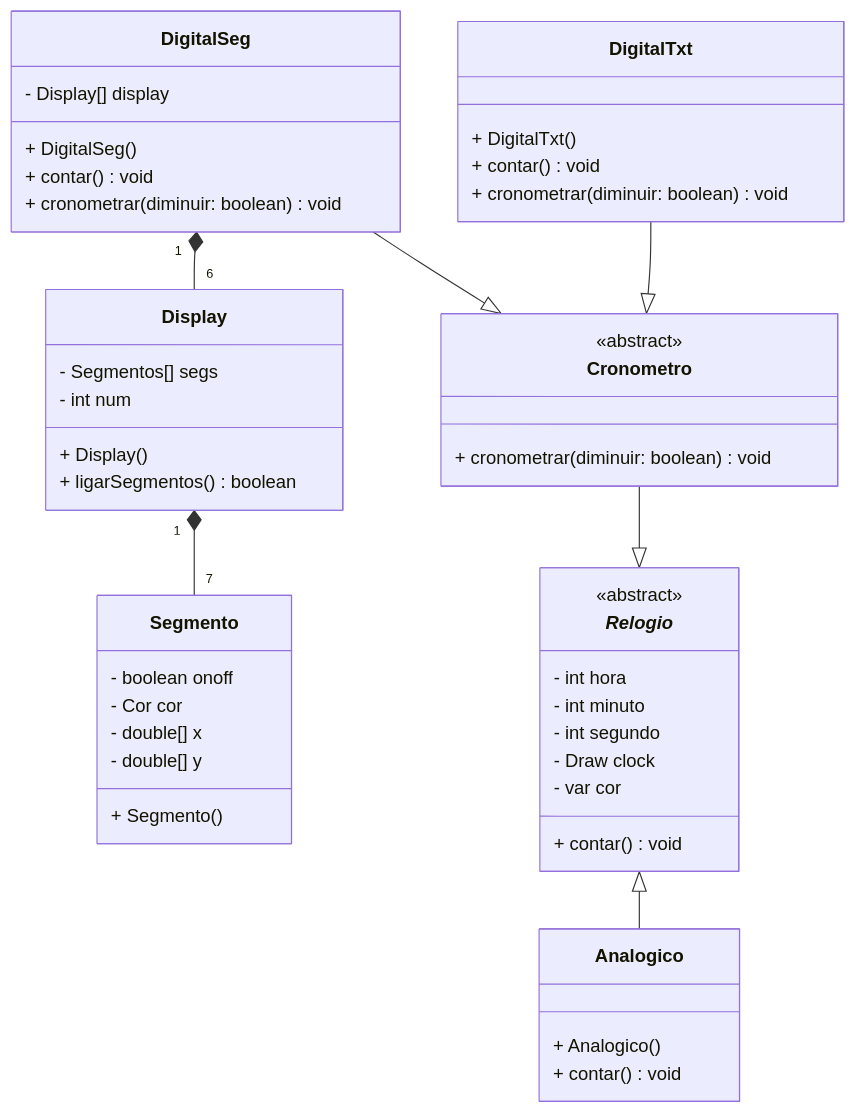
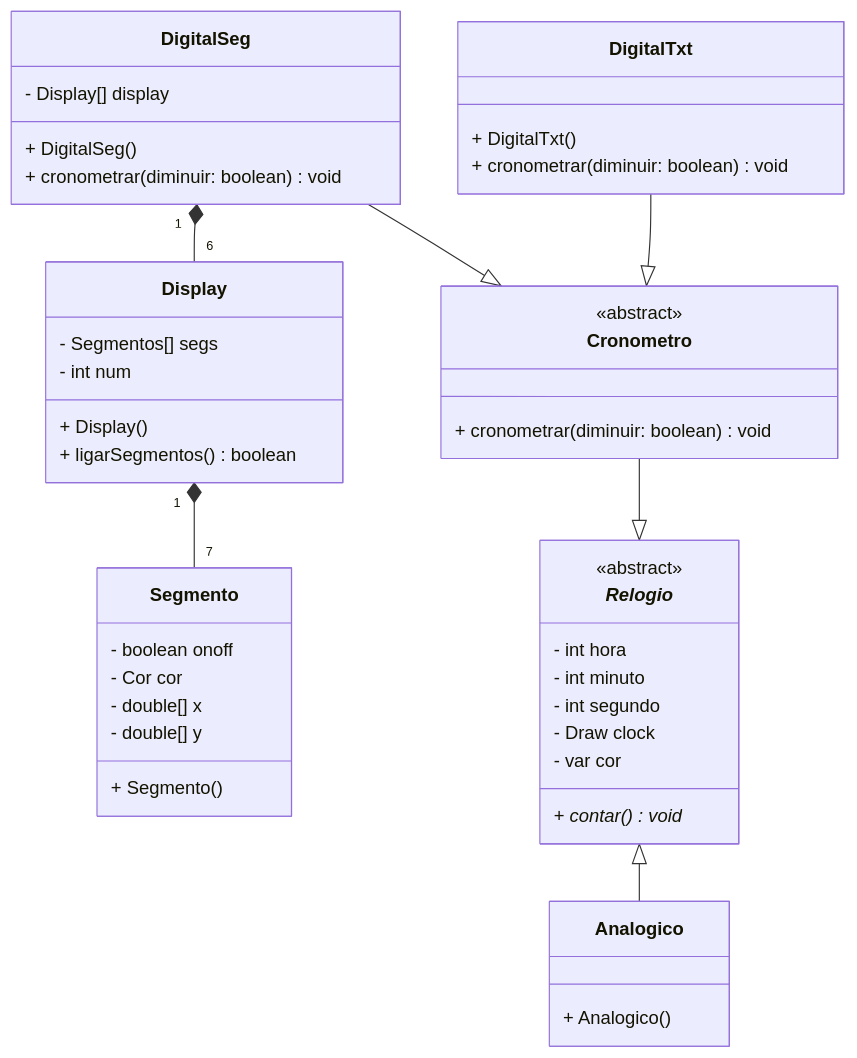
Before and after one commit to Aluno55/POO: the diagram in lab-06/README.md, drawn with Mermaid. The commit also changed 18 other files, not shown here.

````diff
--- a/lab-06/README.md
+++ b/lab-06/README.md
@@ -1,51 +1,48 @@
 ```mermaid
 classDiagram
     class _Relogio_{
         <<abstract>>
         - int hora
         - int minuto
         - int segundo
         - Draw clock
         - var cor
-        + contar () void
+        + _contar () void_
     }
     class DigitalSeg{
         - Display[] display
         + DigitalSeg ()
-        + contar () void
         + cronometrar (diminuir: boolean) void
     }
     class Display{
         - Segmentos[] segs
         - int num
         + Display ()
         + ligarSegmentos () boolean
     }
     class Segmento{
         - boolean onoff
         - Cor cor
         - double[] x
         - double[] y
         + Segmento ()
     }
     class Analogico{
         + Analogico ()
-        + contar () void
     }
     class DigitalTxt{
         + DigitalTxt ()
-        + contar () void
         + cronometrar (diminuir: boolean) void
     }
 
     Display "1"*--"7"Segmento
     DigitalSeg "1"*--"6" Display
     Cronometro --|> _Relogio_
     DigitalSeg--|>Cronometro
     DigitalTxt--|>Cronometro
     _Relogio_ <|-- Analogico
     class Cronometro{
         <<abstract>>
         + cronometrar (diminuir: boolean) void
         }
 ```
````
